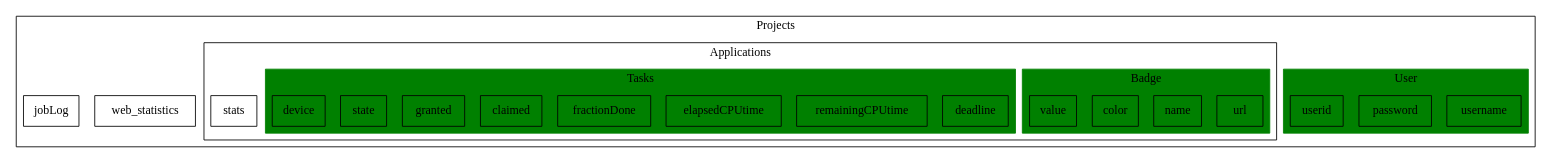
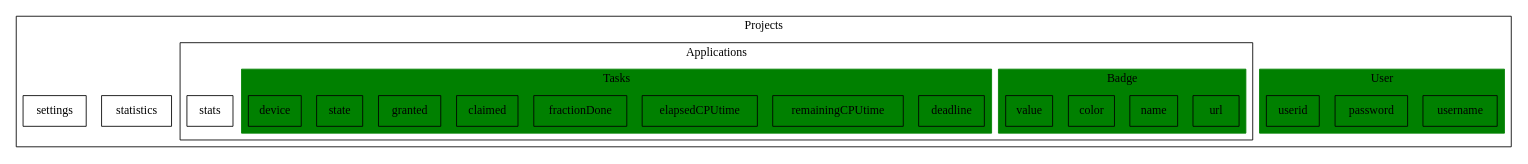
One commit to obtitus/py-boinc-plotter changed the diagram in doc/objectStructure.dot. Above: the diagram before and after it, drawn with Graphviz. The commit also changed 5 other files, not shown here.

```diff
--- a/doc/objectStructure.dot
+++ b/doc/objectStructure.dot
@@ -1,33 +1,33 @@
 digraph G {
 	// 	Projects -> Applications -> Workunits;
 	node [shape=box];
 	subgraph cluster_p {label=Projects;
-		web_statistics;
-		jobLog;
+		statistics;
+		settings;
 		subgraph cluster_u {label=User; color=green; style=filled;
 			username;
 			password;
 			userid;
 		};			
 		subgraph cluster_a { label=Applications;
 			stats;
 			subgraph cluster_b {label=Badge; color=green; style=filled;
 				url;
 				name;
 				color;
 				value;
 			};
 			subgraph cluster_t {label=Tasks; color=green; style=filled;
 				name;
 				deadline;
 				remainingCPUtime;
 				elapsedCPUtime;
 				fractionDone;
 				claimed;
 				granted;
 				state;
 				device;
 			};
 		};
 	};
 }
```
